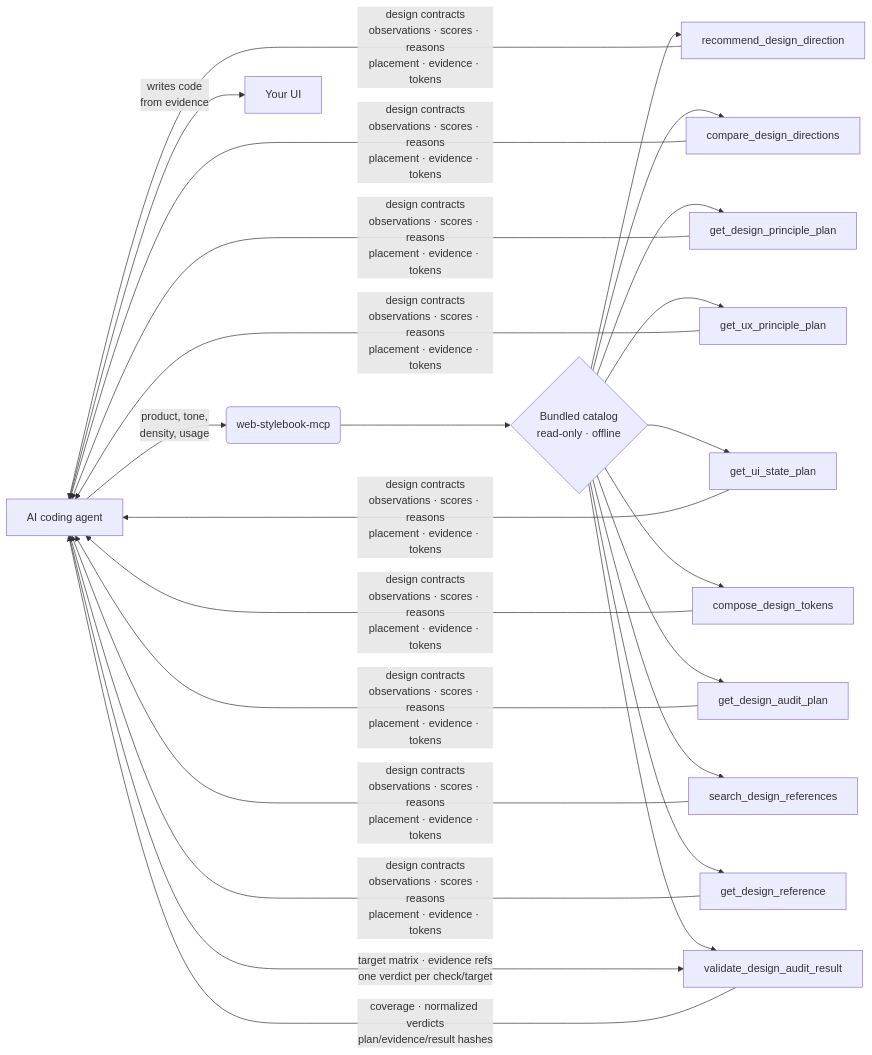
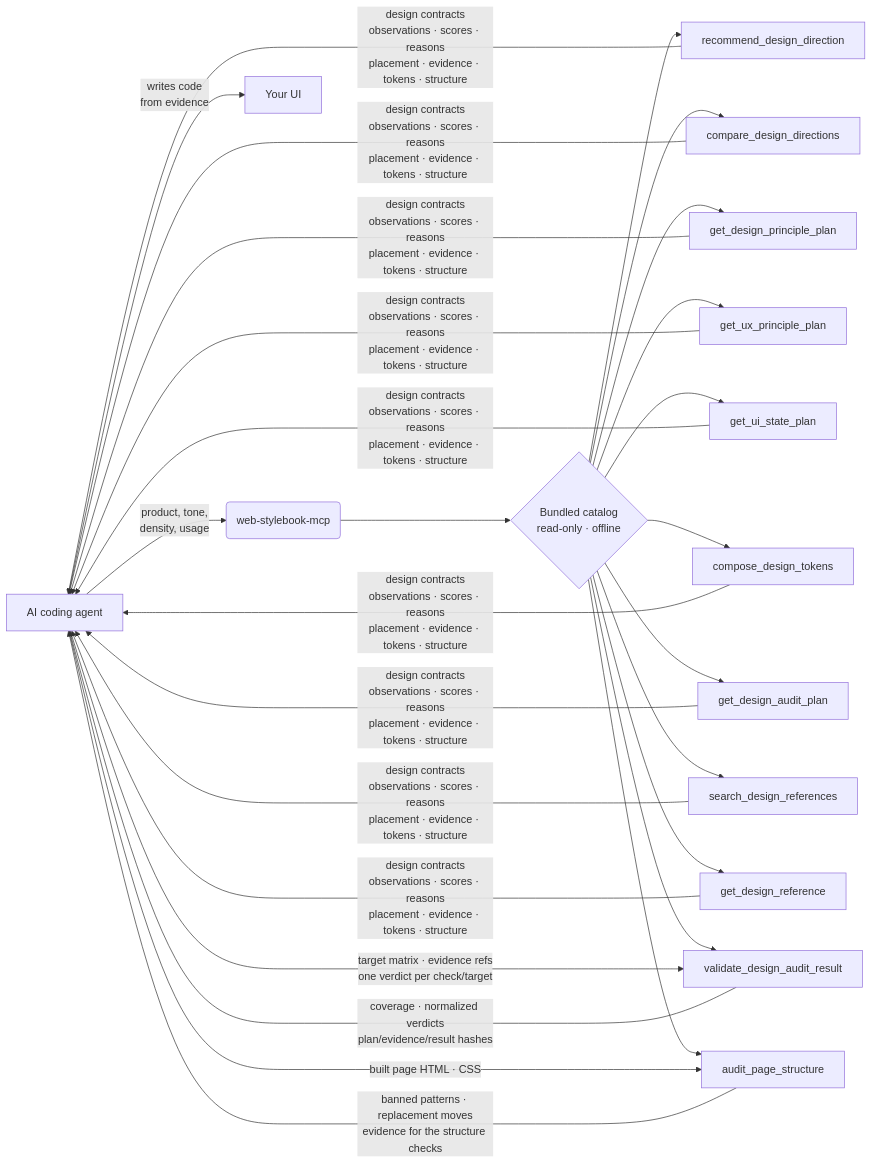
One commit to seungdori/web-stylebook-mcp changed the diagram in README.md. Above: the diagram before and after it, drawn with Mermaid. The commit also changed other lines of this file and 64 other files, not shown here.

First line of the commit message:
feat: give every direction structural guidance and audit page structure (#11) (#13)

````diff
--- a/README.md
+++ b/README.md
@@ -114,19 +163,22 @@
 ```mermaid
 flowchart LR
     A[AI coding agent] -->|product, tone,<br/>density, usage| B(web-stylebook-mcp)
     B --> C{Bundled catalog<br/>read-only · offline}
     C --> D[recommend_design_direction]
     C --> E[compare_design_directions]
     C --> F[get_design_principle_plan]
     C --> G[get_ux_principle_plan]
     C --> H[get_ui_state_plan]
     C --> I[compose_design_tokens]
     C --> J[get_design_audit_plan]
     C --> K[search_design_references]
     C --> L[get_design_reference]
     C --> M[validate_design_audit_result]
-    D & E & F & G & H & I & J & K & L -->|design contracts<br/>observations · scores · reasons<br/>placement · evidence · tokens| A
+    C --> N[audit_page_structure]
+    D & E & F & G & H & I & J & K & L -->|design contracts<br/>observations · scores · reasons<br/>placement · evidence · tokens · structure| A
+    A -->|built page HTML · CSS| N
+    N -->|banned patterns · replacement moves<br/>evidence for the structure checks| A
     A -->|target matrix · evidence refs<br/>one verdict per check/target| M
     M -->|coverage · normalized verdicts<br/>plan/evidence/result hashes| A
     A -->|writes code<br/>from evidence| Z[Your UI]
 ```
````
